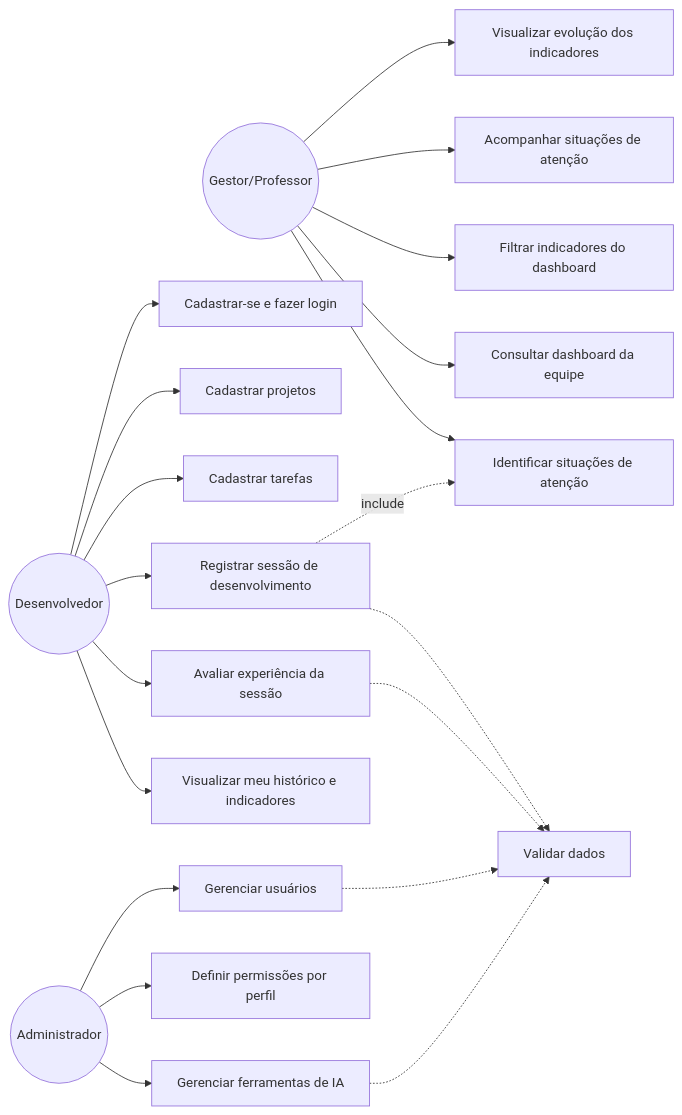
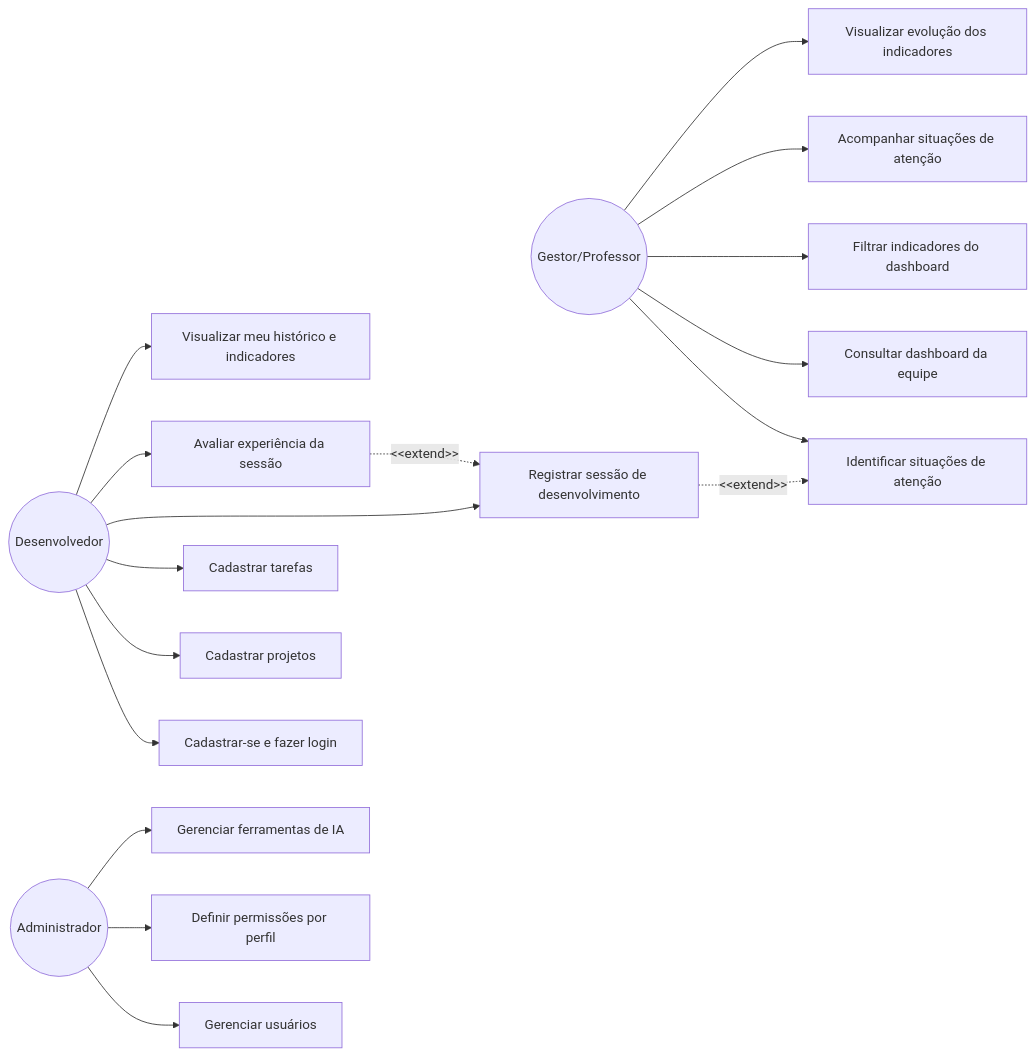
The first of 2 diagrams in docs/uml.md (TobiasFonsatti/AI-Dev-Tracker), drawn with Mermaid before and after one commit. The commit also changed other lines of this file and 18 other files, not shown here.

````diff
--- a/docs/uml.md
+++ b/docs/uml.md
@@ -7,29 +7,26 @@
 ```mermaid
 flowchart LR
   Dev((Desenvolvedor))
   Gest((Gestor/Professor))
   Adm((Administrador))
 
   Dev --> UC1[Cadastrar-se e fazer login]
   Dev --> UC2[Cadastrar projetos]
   Dev --> UC3[Cadastrar tarefas]
   Dev --> UC4[Registrar sessão de desenvolvimento]
   Dev --> UC5[Avaliar experiência da sessão]
   Dev --> UC6[Visualizar meu histórico e indicadores]
 
   Gest --> UC7[Identificar situações de atenção]
   Gest --> UC8[Consultar dashboard da equipe]
   Gest --> UC9[Filtrar indicadores do dashboard]
   Gest --> UC10[Acompanhar situações de atenção]
   Gest --> UC11[Visualizar evolução dos indicadores]
 
   Adm --> UC12[Gerenciar usuários]
   Adm --> UC13[Definir permissões por perfil]
   Adm --> UC14[Gerenciar ferramentas de IA]
 
-  UC4 -.-> UC15[Validar dados]
-  UC5 -.-> UC15
-  UC12 -.-> UC15
-  UC14 -.-> UC15
-  UC4 -.include.-> UC7
+  UC4 -. &lt;&lt;extend&gt;&gt; .-> UC7
+  UC5 -. &lt;&lt;extend&gt;&gt; .-> UC4
 ```
````
